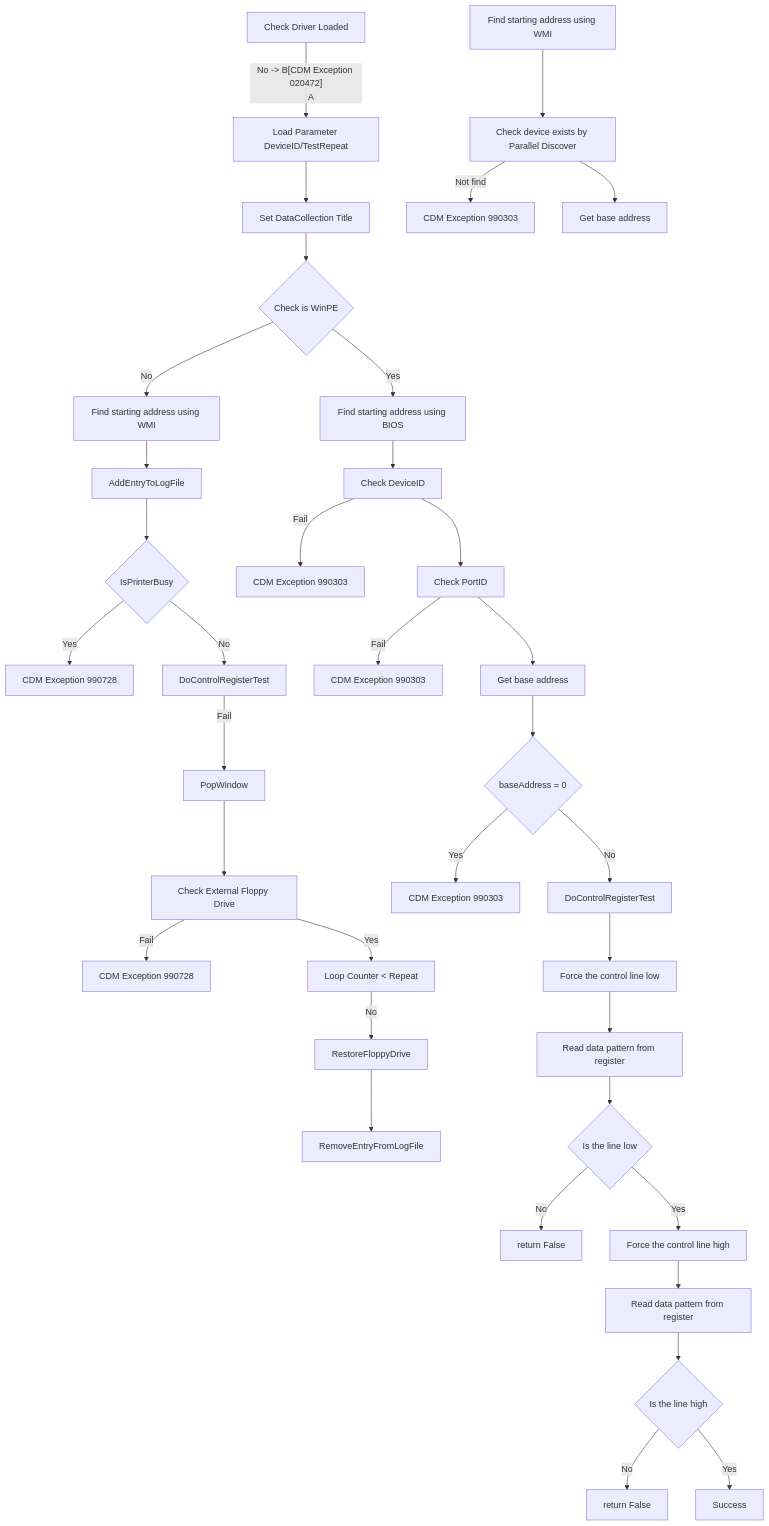
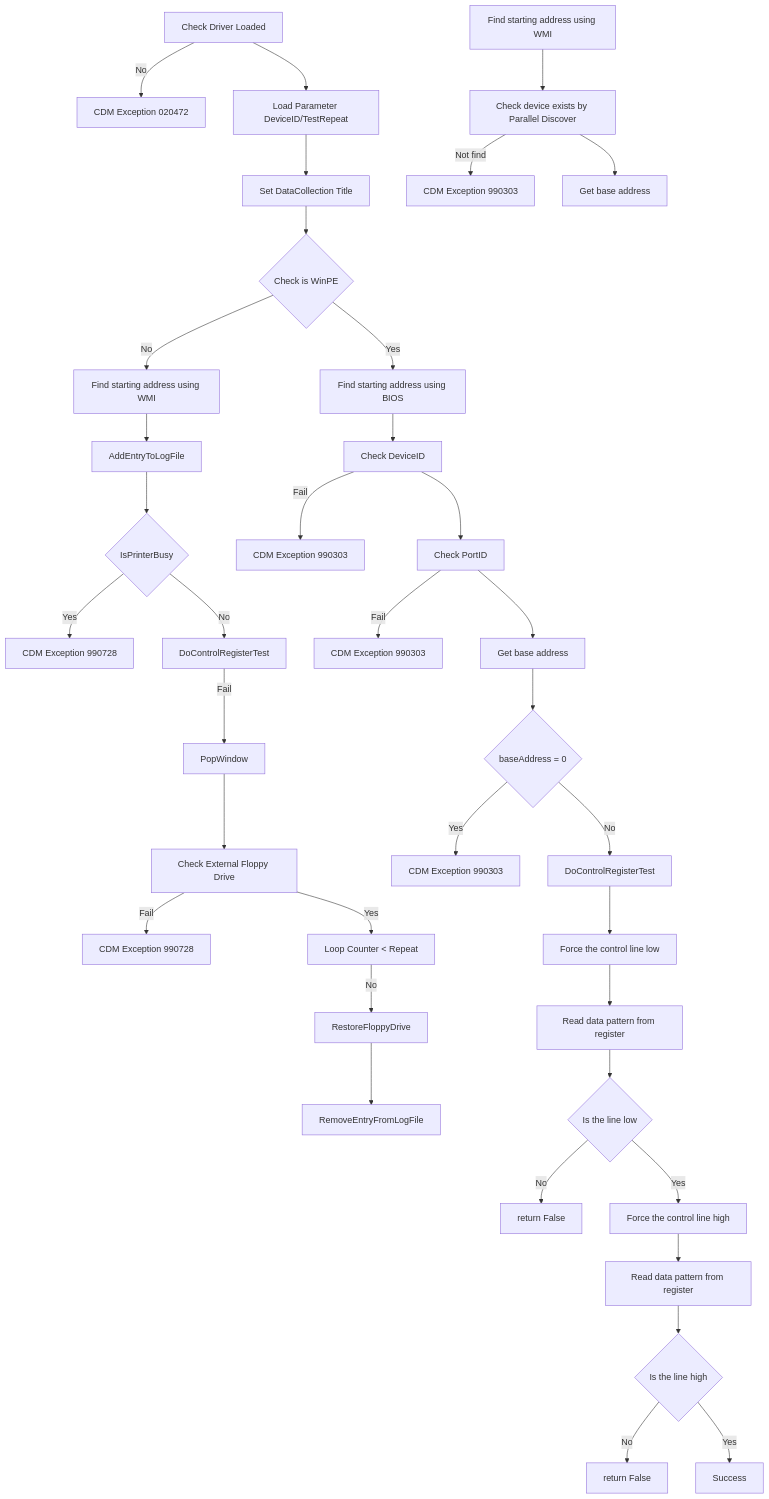
The diagram in Readme.md (renowned-virat/node_Hotels), drawn with Mermaid before and after one commit.

````diff
--- a/Readme.md
+++ b/Readme.md
@@ -140,47 +140,47 @@
 ```mermaid
 flowchart TD
 
-    A[Check Driver Loaded] -- No -> B[CDM Exception 020472]
+    A[Check Driver Loaded] -- No --> B[CDM Exception 020472]
     A --> C[Load Parameter DeviceID/TestRepeat]
     C --> D[Set DataCollection Title]
     D --> E{Check is WinPE}
     E -- No --> F[Find starting address using WMI]
     F --> G[AddEntryToLogFile]
     G --> H{IsPrinterBusy}
     H -- Yes --> I[CDM Exception 990728]
     H -- No --> J[DoControlRegisterTest]
     J -- Fail --> K[PopWindow]
     K --> L[Check External Floppy Drive]
     L -- Fail --> M[CDM Exception 990728]
     L -- Yes --> N[Loop Counter < Repeat]
     N -- No --> O[RestoreFloppyDrive]
     O --> P[RemoveEntryFromLogFile]
 
     E -- Yes --> Q[Find starting address using BIOS]
 
     %% Right Side Tree
     Q --> R[Check DeviceID]
     R -- Fail --> S[CDM Exception 990303]
     R --> T[Check PortID]
     T -- Fail --> U[CDM Exception 990303]
     T --> V[Get base address]
     V --> W{baseAddress = 0}
     W -- Yes --> X[CDM Exception 990303]
     W -- No --> Y[DoControlRegisterTest]
 
     %% Far Right Side
     AA[Find starting address using WMI] --> AB[Check device exists by Parallel Discover]
     AB -- Not find --> AC[CDM Exception 990303]
     AB --> AD[Get base address]
 
     %% DoControlRegisterTest block
     Y --> Z[Force the control line low]
     Z --> ZA[Read data pattern from register]
     ZA --> ZB{Is the line low}
     ZB -- No --> ZC[return False]
     ZB -- Yes --> ZD[Force the control line high]
     ZD --> ZE[Read data pattern from register]
     ZE --> ZF{Is the line high}
     ZF -- No --> ZG[return False]
     ZF -- Yes --> ZH[Success]
 ```
````
